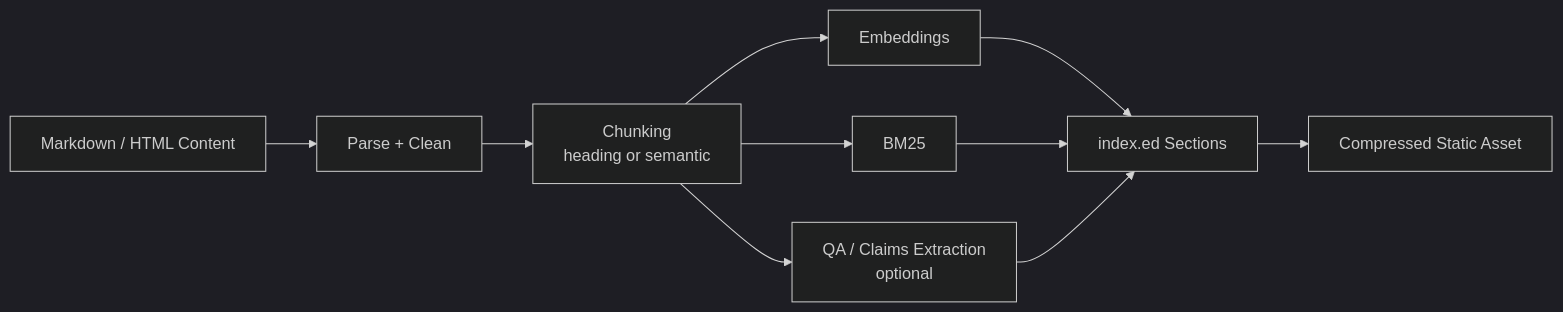
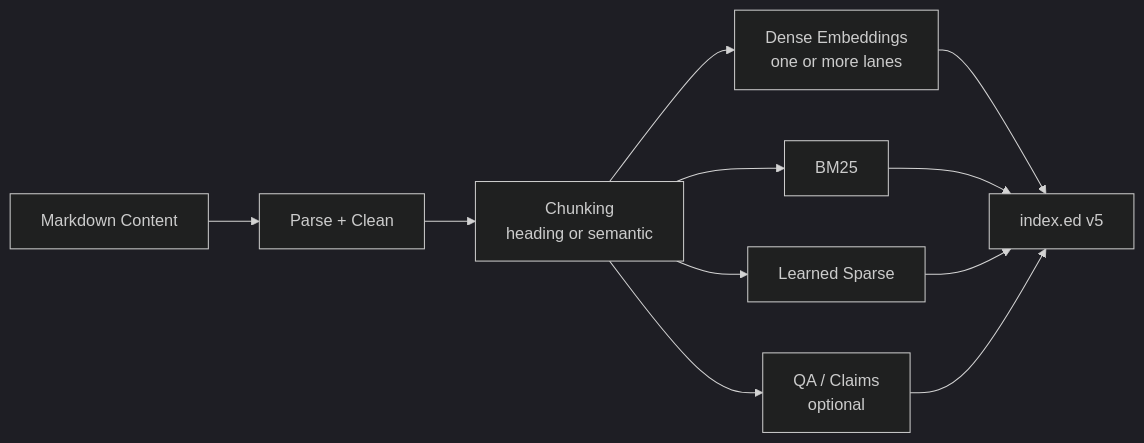
Before and after one commit to jt55401/eddie: the first of 2 diagrams in README.md, drawn with Mermaid (dark theme). The commit also changed other lines of this file and 5 other files, not shown here.

````diff
--- a/README.md
+++ b/README.md
@@ -379,12 +294,13 @@
 ```mermaid
 flowchart LR
-  A[Markdown / HTML Content] --> B[Parse + Clean]
+  A[Markdown Content] --> B[Parse + Clean]
   B --> C[Chunking<br/>heading or semantic]
-  C --> D[Embeddings]
+  C --> D[Dense Embeddings<br/>one or more lanes]
   C --> E[BM25]
-  C --> F[QA / Claims Extraction<br/>optional]
-  D --> G[index.ed Sections]
-  E --> G
-  F --> G
-  G --> H[Compressed Static Asset]
+  C --> F[Learned Sparse]
+  C --> G[QA / Claims<br/>optional]
+  D --> H[index.ed v5]
+  E --> H
+  F --> H
+  G --> H
 ```
````
